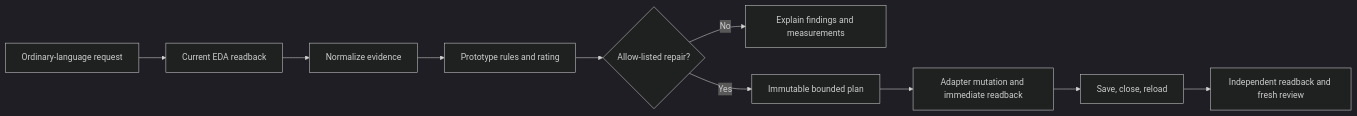
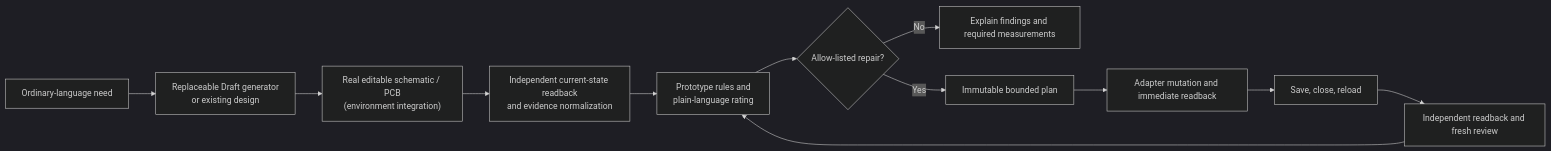
One commit to Fpj5085/pcb-prototype-quality-gate changed the diagram in README.md. Above: the diagram before and after it, drawn with Mermaid (dark theme). The commit also changed other lines of this file and 54 other files, not shown here.

````diff
--- a/README.md
+++ b/README.md
@@ -53,12 +58,14 @@
 ```mermaid
 flowchart LR
-  A["Ordinary-language request"] --> B["Current EDA readback"]
-  B --> C["Normalize evidence"]
-  C --> D["Prototype rules and rating"]
-  D --> E{"Allow-listed repair?"}
-  E -- "No" --> F["Explain findings and measurements"]
-  E -- "Yes" --> G["Immutable bounded plan"]
-  G --> H["Adapter mutation and immediate readback"]
-  H --> I["Save, close, reload"]
-  I --> J["Independent readback and fresh review"]
+  A["Ordinary-language need"] --> B["Replaceable Draft generator\nor existing design"]
+  B --> C["Real editable schematic / PCB\n(environment integration)"]
+  C --> D["Independent current-state readback\nand evidence normalization"]
+  D --> E["Prototype rules and\nplain-language rating"]
+  E --> F{"Allow-listed repair?"}
+  F -- "No" --> G["Explain findings and required measurements"]
+  F -- "Yes" --> H["Immutable bounded plan"]
+  H --> I["Adapter mutation and immediate readback"]
+  I --> J["Save, close, reload"]
+  J --> K["Independent readback and fresh review"]
+  K --> E
 ```
````
